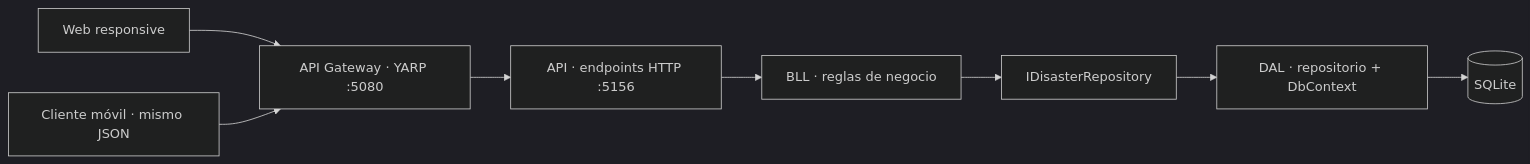
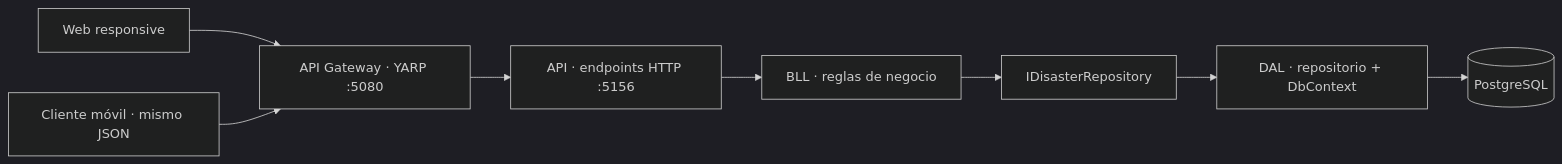
Before and after one commit to disaster-management-platform/disaster-backend-offline: the diagram in README.md, drawn with Mermaid (dark theme). The commit also changed other lines of this file and 2 other files, not shown here.

Commit message:
fix: update PostgreSQL setup and smoke checks

````diff
--- a/README.md
+++ b/README.md
@@ -34,10 +38,10 @@
 ```mermaid
 flowchart LR
     W[Web responsive] --> G[API Gateway · YARP :5080]
     M[Cliente móvil · mismo JSON] --> G
     G --> A[API · endpoints HTTP :5156]
     A --> B[BLL · reglas de negocio]
     B --> R[IDisasterRepository]
     R --> D[DAL · repositorio + DbContext]
-    D --> S[(SQLite)]
+    D --> S[(PostgreSQL)]
 ```
````
